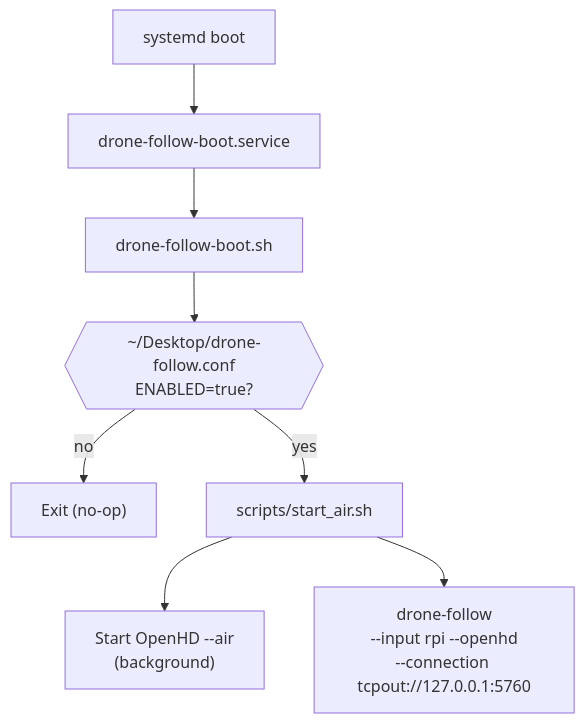
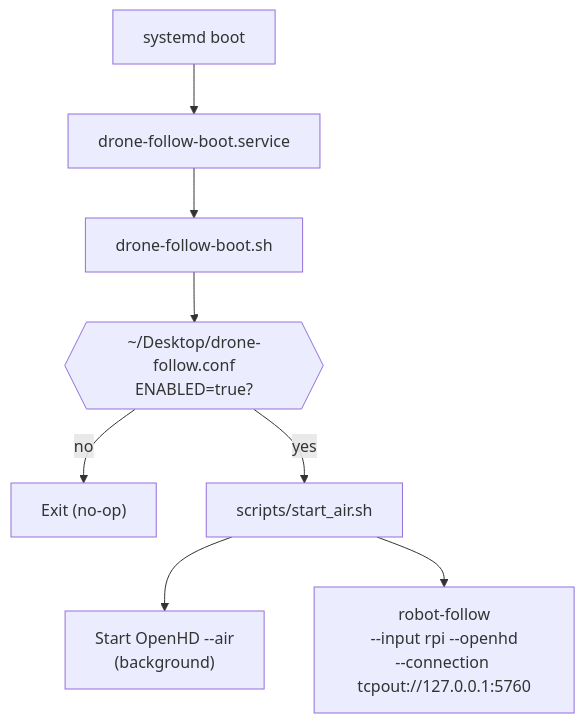
Diagram 11 of 11 in docs/design-review.md (guyzigdons-apps/hailo-drone-follow), drawn with Mermaid before and after one commit. The commit also changed other lines of this file and 76 other files, not shown here.

First line of the commit message:
refactor(01-02): rename drone_follow -> robot_follow (v1.1 milestone shaper)

````diff
--- a/docs/design-review.md
+++ b/docs/design-review.md
@@ -547,10 +547,10 @@
 ```mermaid
 flowchart TD
     BOOT["systemd boot"] --> SVC["drone-follow-boot.service"]
     SVC --> SCRIPT["drone-follow-boot.sh"]
     SCRIPT --> CONF{{"~/Desktop/drone-follow.conf<br/>ENABLED=true?"}}
     CONF -->|no| SKIP["Exit (no-op)"]
     CONF -->|yes| AIR["scripts/start_air.sh"]
     AIR --> OHD["Start OpenHD --air<br/>(background)"]
-    AIR --> DF["drone-follow<br/>--input rpi --openhd<br/>--connection tcpout://127.0.0.1:5760"]
+    AIR --> DF["robot-follow<br/>--input rpi --openhd<br/>--connection tcpout://127.0.0.1:5760"]
 ```
````
